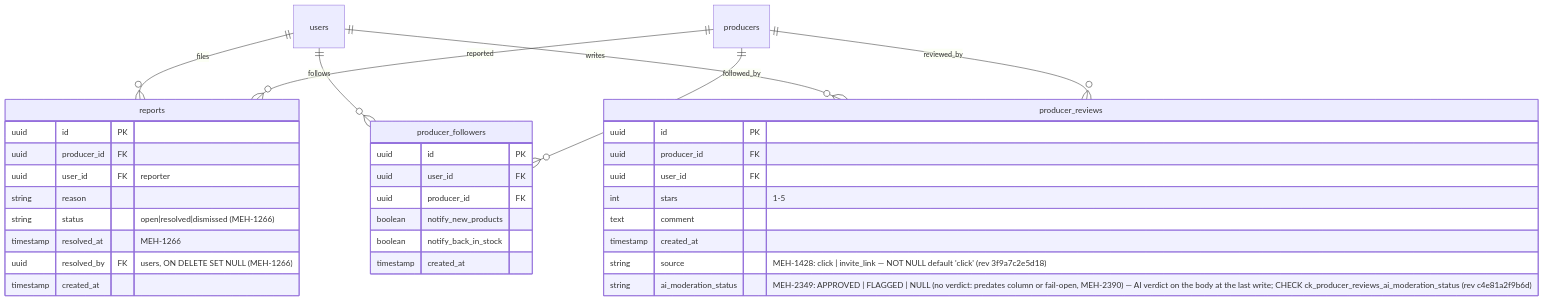
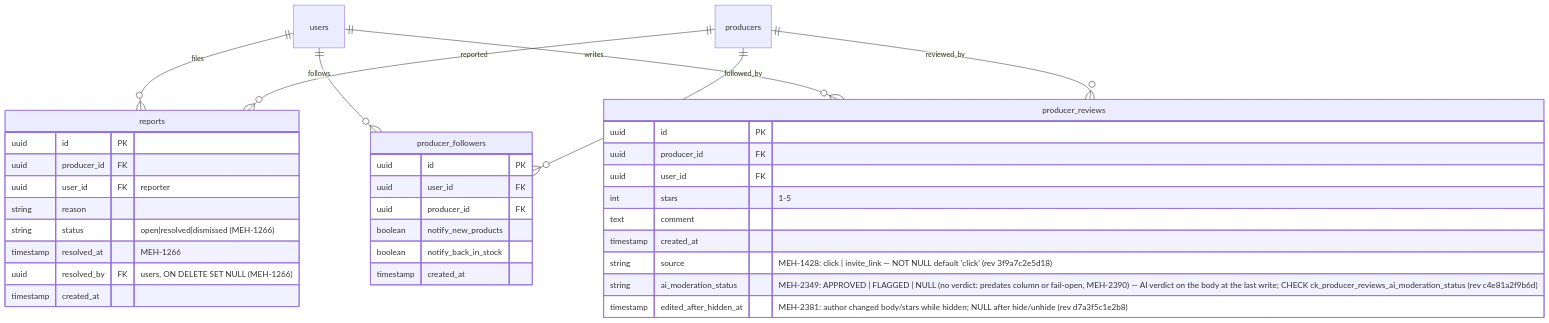
Before and after one commit to levismadar80-ship-it/FoodMamkor: the third of 4 diagrams in .ai/diagrams/db-schema.md, drawn with Mermaid. The commit also changed 5 other files, not shown here.

First line of the commit message:
docs(reviews): edited_after_hidden_at in DATA, ADMIN, diagrams, manual tests (MEH-2381)

````diff
--- a/.ai/diagrams/db-schema.md
+++ b/.ai/diagrams/db-schema.md
@@ -272,40 +272,41 @@
 ```mermaid
 erDiagram
     users ||--o{ reports : "files"
     users ||--o{ producer_followers : "follows"
     users ||--o{ producer_reviews : "writes"
     producers ||--o{ reports : "reported"
     producers ||--o{ producer_followers : "followed_by"
     producers ||--o{ producer_reviews : "reviewed_by"
 
     reports {
         uuid id PK
         uuid producer_id FK
         uuid user_id FK "reporter"
         string reason
         string status "open|resolved|dismissed (MEH-1266)"
         timestamp resolved_at "MEH-1266"
         uuid resolved_by FK "users, ON DELETE SET NULL (MEH-1266)"
         timestamp created_at
     }
 
     producer_followers {
         uuid id PK
         uuid user_id FK
         uuid producer_id FK
         boolean notify_new_products
         boolean notify_back_in_stock
         timestamp created_at
     }
 
     producer_reviews {
         uuid id PK
         uuid producer_id FK
         uuid user_id FK
         int stars "1-5"
         text comment
         timestamp created_at
         string source "MEH-1428: click | invite_link — NOT NULL default 'click' (rev 3f9a7c2e5d18)"
         string ai_moderation_status "MEH-2349: APPROVED | FLAGGED | NULL (no verdict: predates column or fail-open, MEH-2390) — AI verdict on the body at the last write; CHECK ck_producer_reviews_ai_moderation_status (rev c4e81a2f9b6d)"
+        timestamp edited_after_hidden_at "MEH-2381: author changed body/stars while hidden; NULL after hide/unhide (rev d7a3f5c1e2b8)"
     }
 ```
````
